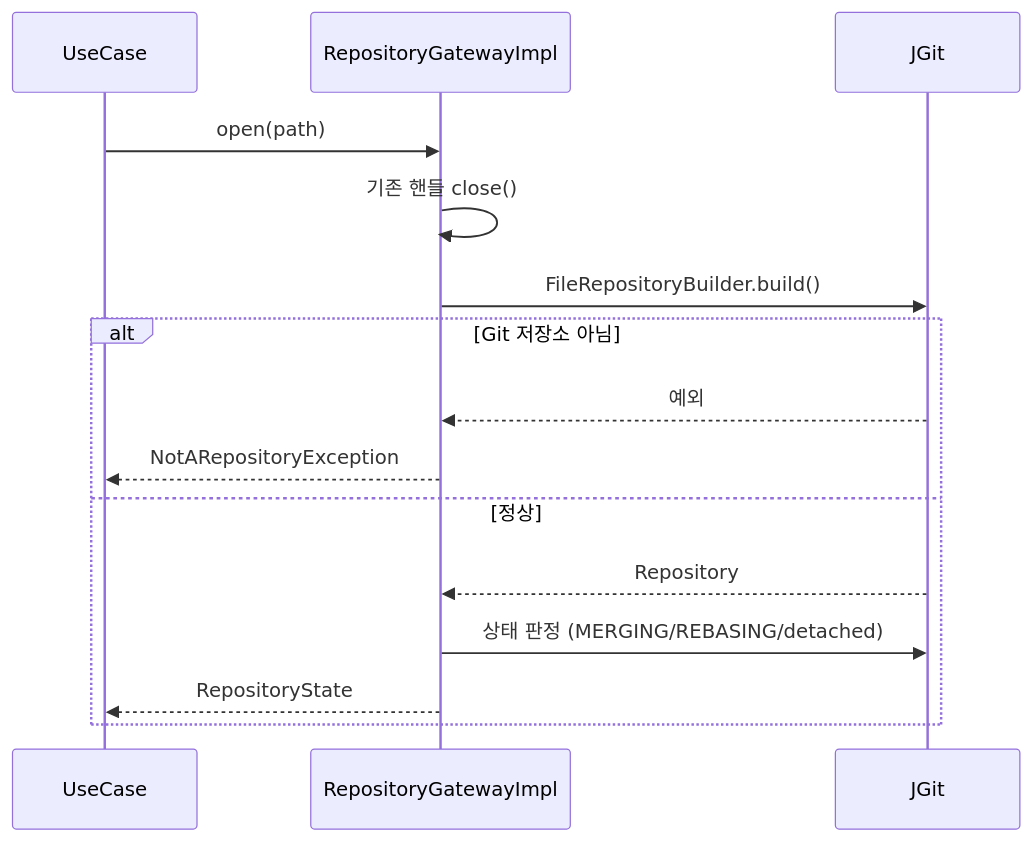
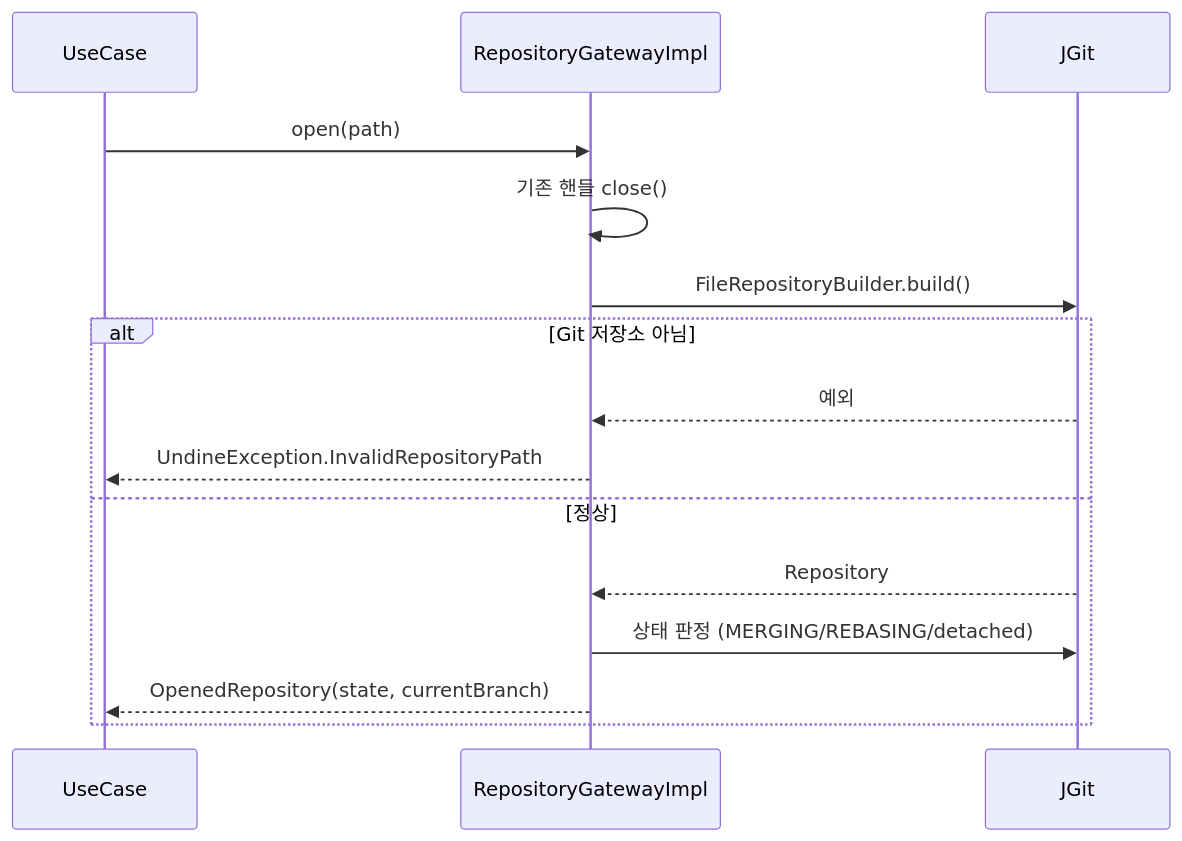
Before and after one commit to biuea3866/gitkraken-clone-app: the first of 2 diagrams in tickets/UND-02-repository-open-status.md, drawn with Mermaid. The commit also changed other lines of this file and 9 other files, not shown here.

````diff
--- a/tickets/UND-02-repository-open-status.md
+++ b/tickets/UND-02-repository-open-status.md
@@ -28,17 +28,17 @@
 ```mermaid
 sequenceDiagram
     participant UC as UseCase
     participant GW as RepositoryGatewayImpl
     participant JGit
     UC->>GW: open(path)
     GW->>GW: 기존 핸들 close()
     GW->>JGit: FileRepositoryBuilder.build()
     alt Git 저장소 아님
         JGit-->>GW: 예외
-        GW-->>UC: NotARepositoryException
+        GW-->>UC: UndineException.InvalidRepositoryPath
     else 정상
         JGit-->>GW: Repository
         GW->>JGit: 상태 판정 (MERGING/REBASING/detached)
-        GW-->>UC: RepositoryState
+        GW-->>UC: OpenedRepository(state, currentBranch)
     end
 ```
````
